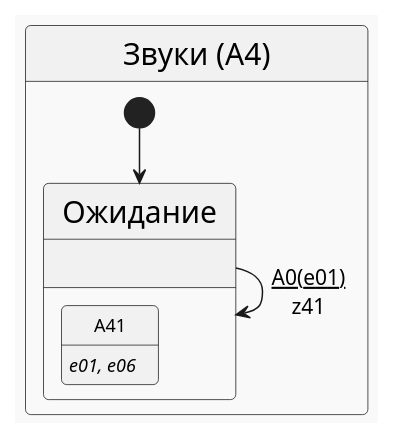
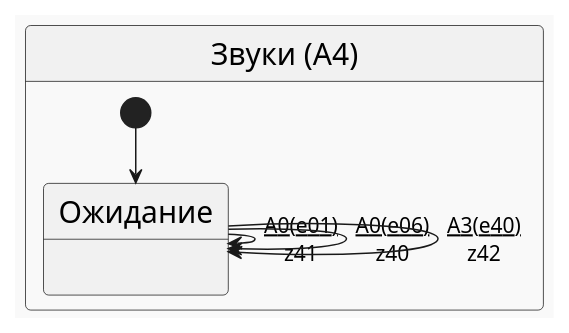
The diagram in articles/multiply_many_nested/puml/a4.puml (PhoenixNazarov/fsm-multiply), drawn with PlantUML before and after one commit. The commit also changed 14 other files, not shown here.

```diff
--- a/articles/multiply_many_nested/puml/a4.puml
+++ b/articles/multiply_many_nested/puml/a4.puml
@@ -1,13 +1,12 @@
 @startuml
 !theme mars
 skinparam stateFontSize 20
 skinparam arrowFontSize 14
 state "Звуки (A4)" as A4 {
     [*] --> A40
     state "Ожидание" as A40 : 
-    state "Ожидание" as A40 {
-        state "<size:12>A41" as F1 : <size:12><i>e01, e06
-    }
     A40 --> A40 : <u>A0(e01)\nz41
+    A40 --> A40 : <u>A0(e06)\nz40
+    A40 --> A40 : <u>A3(e40)\nz42
 }
 @enduml
```
